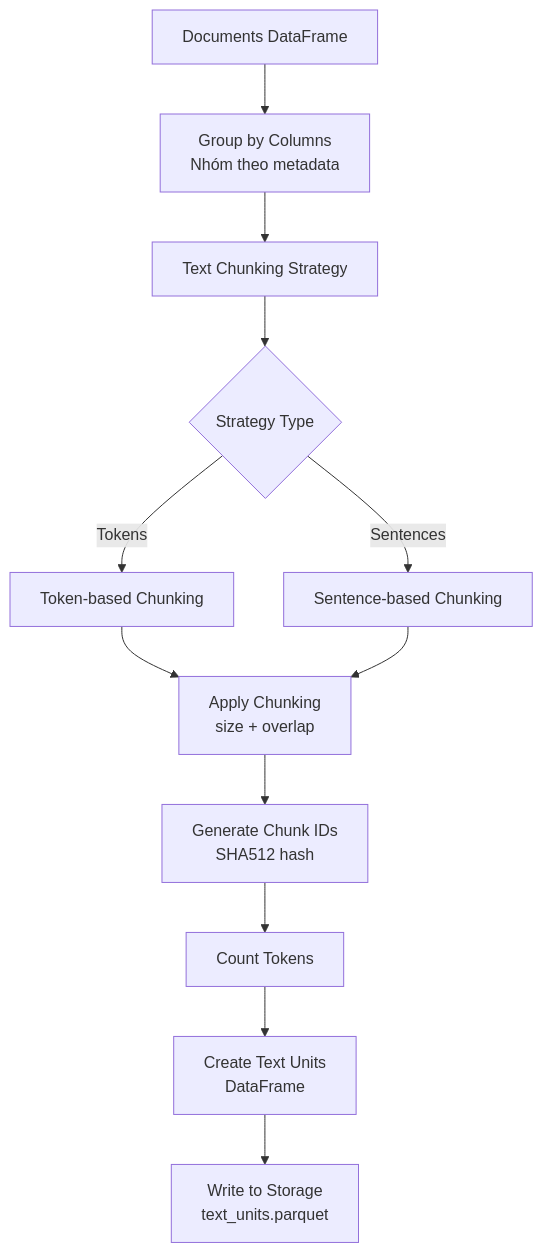
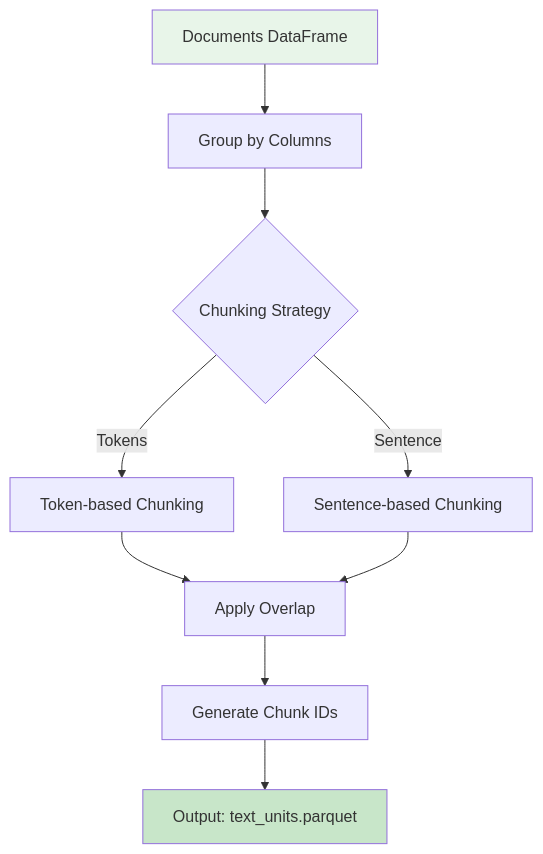
The third of 10 diagrams in docs/tunh/GRAPHRAG_INDEXING_FLOW.md (huytu0702/gtog), drawn with Mermaid before and after one commit. The commit also changed other lines of this file and 1 other file, not shown here.

````diff
--- a/docs/tunh/GRAPHRAG_INDEXING_FLOW.md
+++ b/docs/tunh/GRAPHRAG_INDEXING_FLOW.md
@@ -95,18 +102,14 @@
 ```mermaid
-flowchart TB
-    A[Documents DataFrame] --> B[Group by Columns<br/>Nhóm theo metadata]
-    B --> C[Text Chunking Strategy]
+graph TB
+    A[Documents DataFrame] --> B[Group by Columns]
+    B --> C{Chunking Strategy}
+    C -->|Tokens| D[Token-based Chunking]
+    C -->|Sentence| E[Sentence-based Chunking]
+    D --> F[Apply Overlap]
+    E --> F
+    F --> G[Generate Chunk IDs]
+    G --> H[Output: text_units.parquet]
     
-    C --> D{Strategy Type}
-    D -->|Tokens| E[Token-based Chunking]
-    D -->|Sentences| F[Sentence-based Chunking]
-    
-    E --> G[Apply Chunking<br/>size + overlap]
-    F --> G
-    
-    G --> H[Generate Chunk IDs<br/>SHA512 hash]
-    H --> I[Count Tokens]
-    I --> J[Create Text Units<br/>DataFrame]
-    
-    J --> K[Write to Storage<br/>text_units.parquet]
+    style A fill:#e8f5e9
+    style H fill:#c8e6c9
 ```
````
